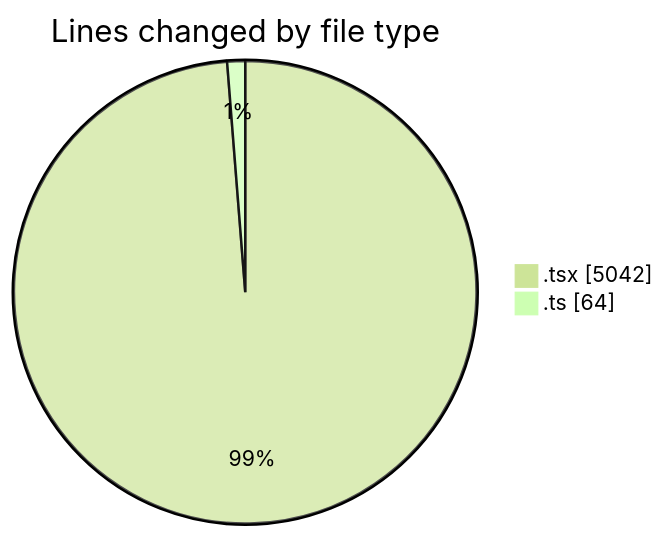
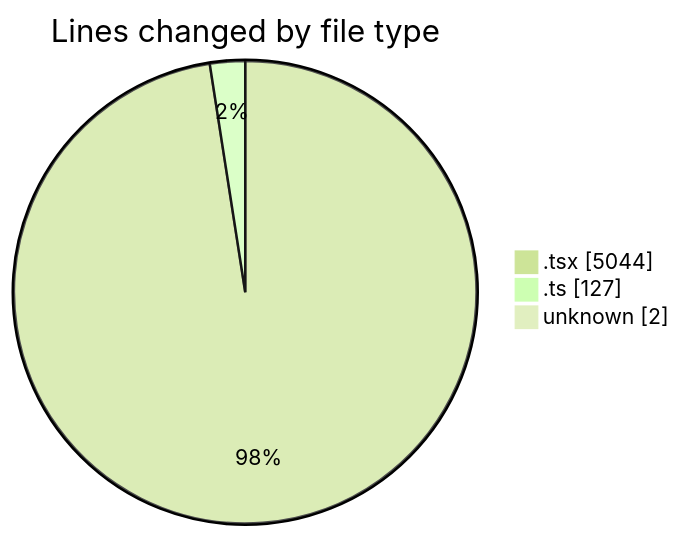
Before and after one commit to nxtqubesakshisongat/code-tracking: the first of 2 diagrams in 2026-04-09/airfeed-analytics-dashboard/README.md, drawn with Mermaid (forest theme). The commit also changed other lines of this file and 1 other file, not shown here.

````diff
--- a/2026-04-09/airfeed-analytics-dashboard/README.md
+++ b/2026-04-09/airfeed-analytics-dashboard/README.md
@@ -35,6 +38,7 @@
 ```mermaid
 pie showData
 title Lines changed by file type
-".tsx" : 5042
-".ts" : 64
+".tsx" : 5044
+".ts" : 127
+"unknown" : 2
 ```
````
